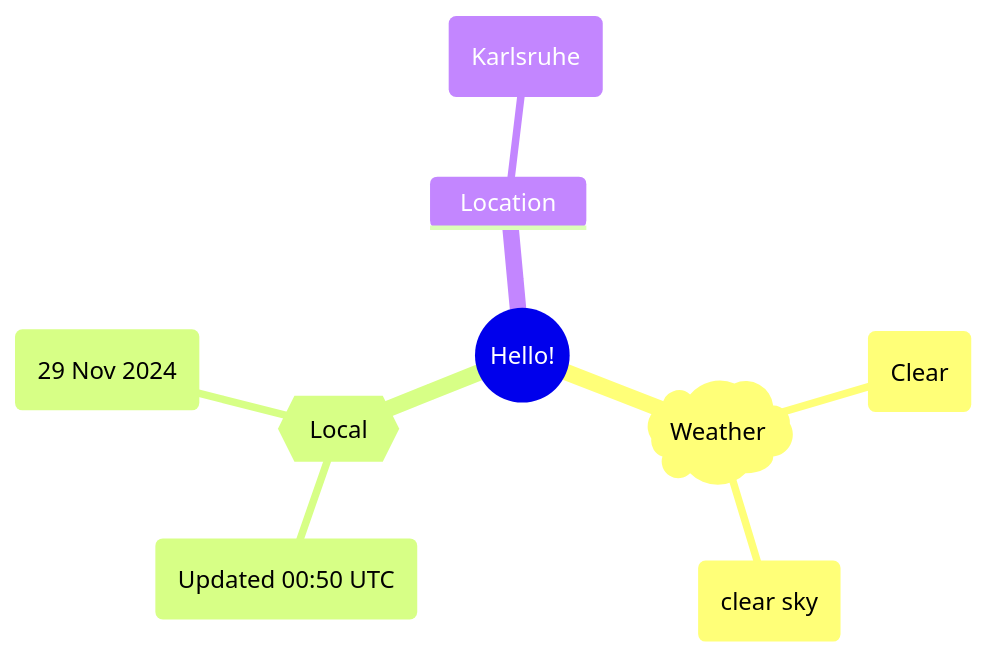
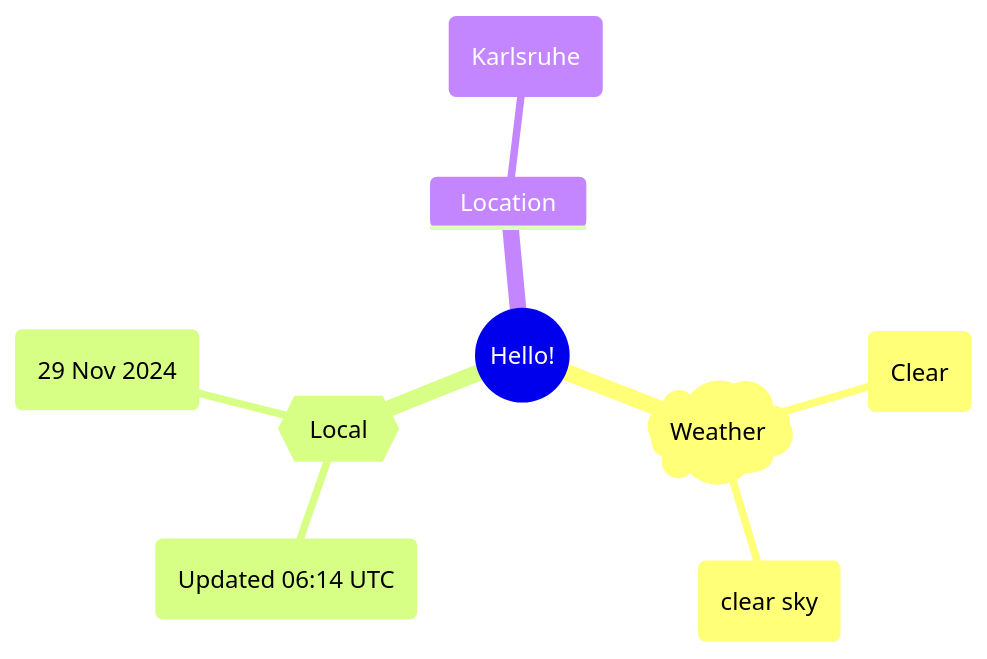
The first of 2 diagrams in README.md (Xosrov/Xosrov), drawn with Mermaid before and after one commit.

Commit message:
[bot] updated images

````diff
--- a/README.md
+++ b/README.md
@@ -3,12 +3,12 @@
 ```mermaid
 mindmap
   root((Hello!))
     )Weather(
         (Clear)
         (clear sky)
     {{Local}}
-        (Updated 00:50 UTC)
+        (Updated 06:14 UTC)
         (29 Nov 2024)
     Location
         (Karlsruhe)
 ```
````
